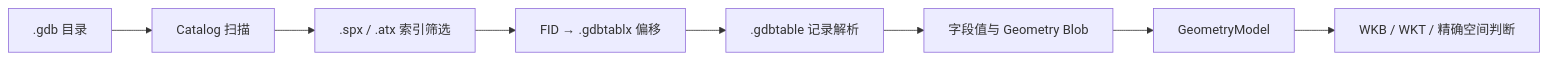
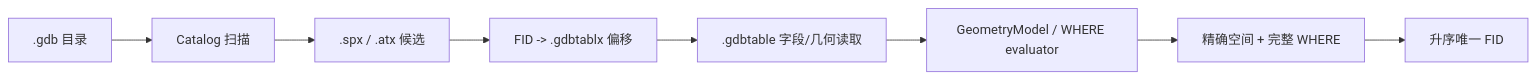
The second of 2 diagrams in docs/overview/01_fast-gdb项目介绍与当前状态.md (EdgarLQS/fast-gdb), drawn with Mermaid before and after one commit. The commit also changed other lines of this file, not shown here.

````diff
--- a/docs/overview/01_fast-gdb项目介绍与当前状态.md
+++ b/docs/overview/01_fast-gdb项目介绍与当前状态.md
@@ -81,10 +73,10 @@
 ```mermaid
 flowchart LR
     A[".gdb 目录"] --> B["Catalog 扫描"]
-    B --> C[".spx / .atx 索引筛选"]
-    C --> D["FID → .gdbtablx 偏移"]
-    D --> E[".gdbtable 记录解析"]
-    E --> F["字段值与 Geometry Blob"]
-    F --> G["GeometryModel"]
-    G --> H["WKB / WKT / 精确空间判断"]
+    B --> C[".spx / .atx 候选"]
+    C --> D["FID -> .gdbtablx 偏移"]
+    D --> E[".gdbtable 字段/几何读取"]
+    E --> F["GeometryModel / WHERE evaluator"]
+    F --> G["精确空间 + 完整 WHERE"]
+    G --> H["升序唯一 FID"]
 ```
````
